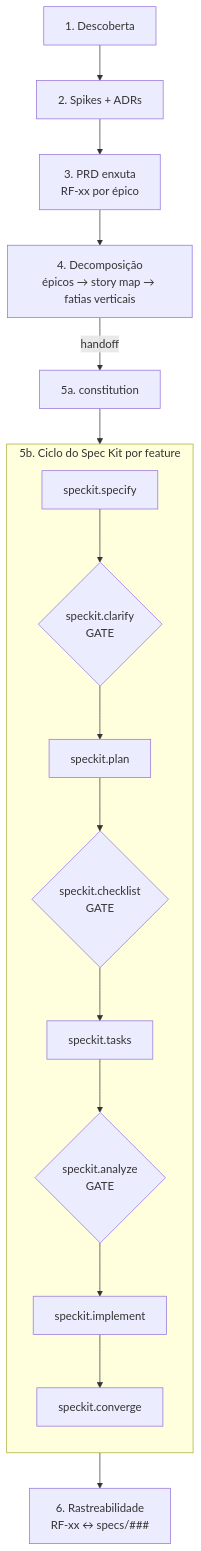
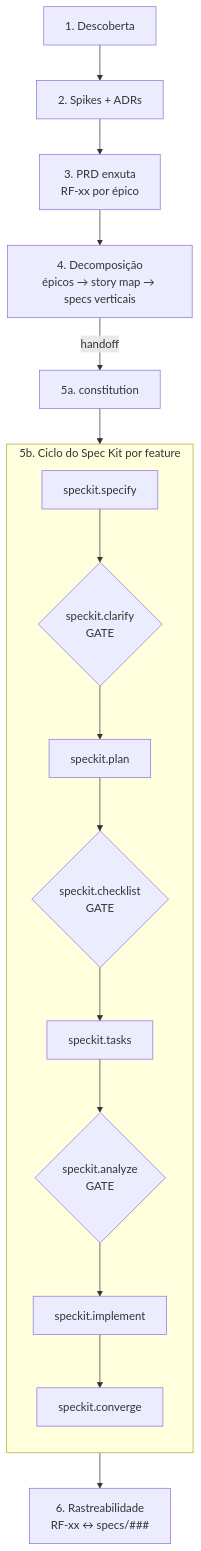
Before and after one commit to tuyoshivinicius/zion-build-prd: the diagram in docs/guia-prd-para-spec-kit.md, drawn with Mermaid. The commit also changed other lines of this file and 2 other files, not shown here.

````diff
--- a/docs/guia-prd-para-spec-kit.md
+++ b/docs/guia-prd-para-spec-kit.md
@@ -33,19 +33,19 @@
 ```mermaid
 flowchart TD
     D["1. Descoberta"] --> S["2. Spikes + ADRs"]
     S --> P["3. PRD enxuta<br/>RF-xx por épico"]
-    P --> E["4. Decomposição<br/>épicos → story map → fatias verticais"]
+    P --> E["4. Decomposição<br/>épicos → story map → specs verticais"]
     E -->|handoff| B["5a. constitution"]
     subgraph ciclo ["5b. Ciclo do Spec Kit por feature"]
       direction TB
       SP["speckit.specify"] --> CL{"speckit.clarify<br/>GATE"}
       CL --> PL["speckit.plan"]
       PL --> CK{"speckit.checklist<br/>GATE"}
       CK --> TK["speckit.tasks"]
       TK --> AN{"speckit.analyze<br/>GATE"}
       AN --> IM["speckit.implement"]
       IM --> CV["speckit.converge"]
     end
     B --> SP
     CV --> R["6. Rastreabilidade<br/>RF-xx ↔ specs/###"]
 ```
````
